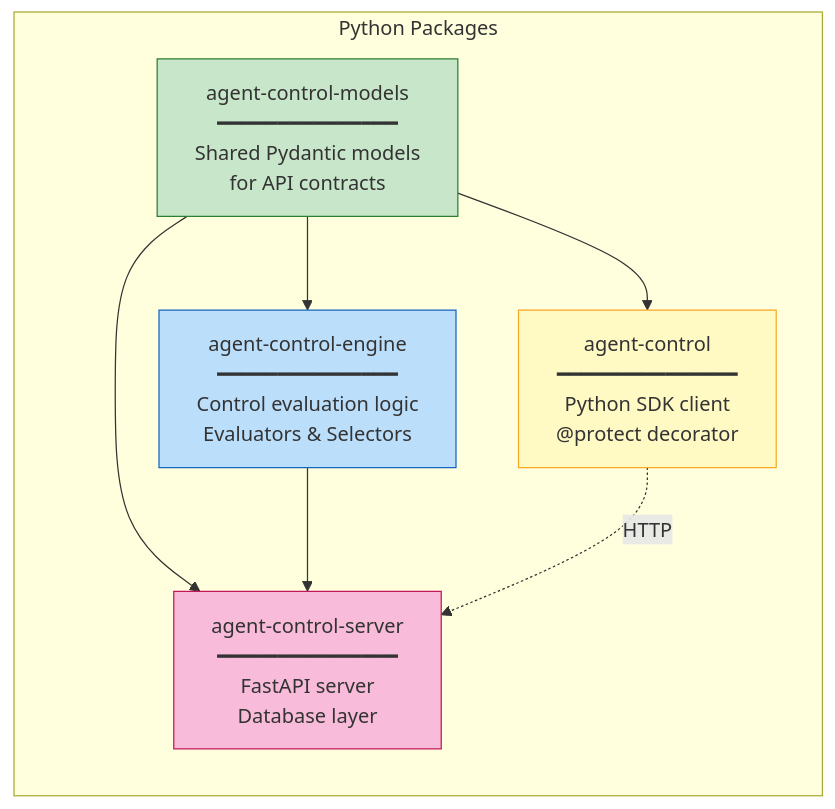
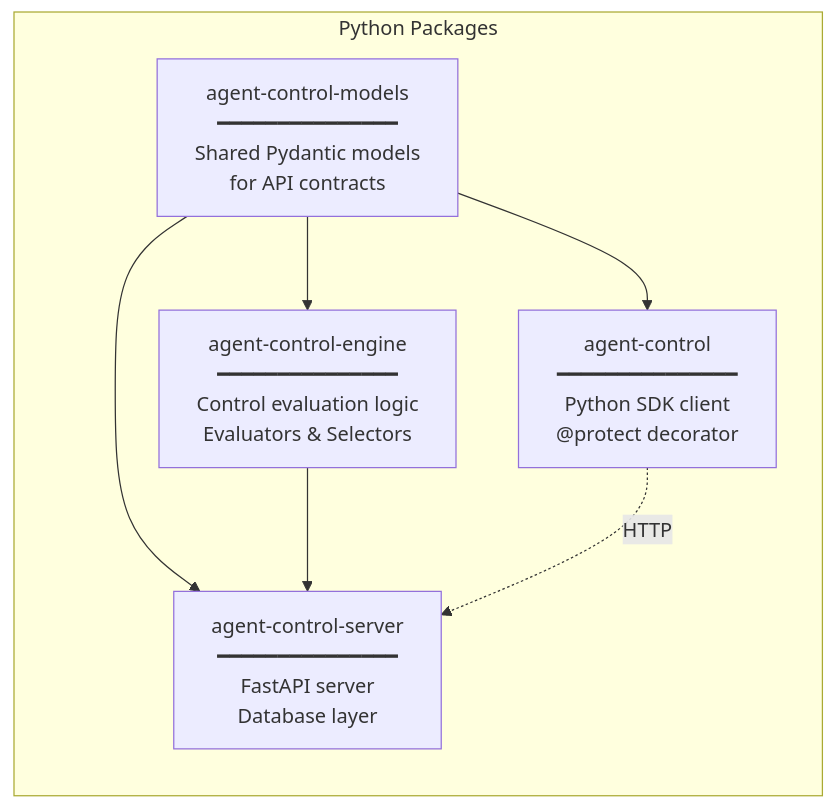
The second of 2 diagrams in diagrams/01-system-overview.md (agentcontrol/agent-control), drawn with Mermaid before and after one commit. The commit also changed other lines of this file and 9 other files, not shown here.

````diff
--- a/diagrams/01-system-overview.md
+++ b/diagrams/01-system-overview.md
@@ -41,23 +37,18 @@
 ```mermaid
 flowchart LR
     subgraph packages["Python Packages"]
         models["agent-control-models<br/>━━━━━━━━━━━━━━━<br/>Shared Pydantic models<br/>for API contracts"]
         
         engine["agent-control-engine<br/>━━━━━━━━━━━━━━━<br/>Control evaluation logic<br/>Evaluators & Selectors"]
         
         sdk["agent-control<br/>━━━━━━━━━━━━━━━<br/>Python SDK client<br/>@protect decorator"]
         
         server["agent-control-server<br/>━━━━━━━━━━━━━━━<br/>FastAPI server<br/>Database layer"]
     end
 
     models --> engine
     models --> sdk
     models --> server
     engine --> server
     sdk -.->|HTTP| server
-
-    style models fill:#c8e6c9,stroke:#2e7d32
-    style engine fill:#bbdefb,stroke:#1565c0
-    style sdk fill:#fff9c4,stroke:#f9a825
-    style server fill:#f8bbd9,stroke:#c2185b
 ```
````
